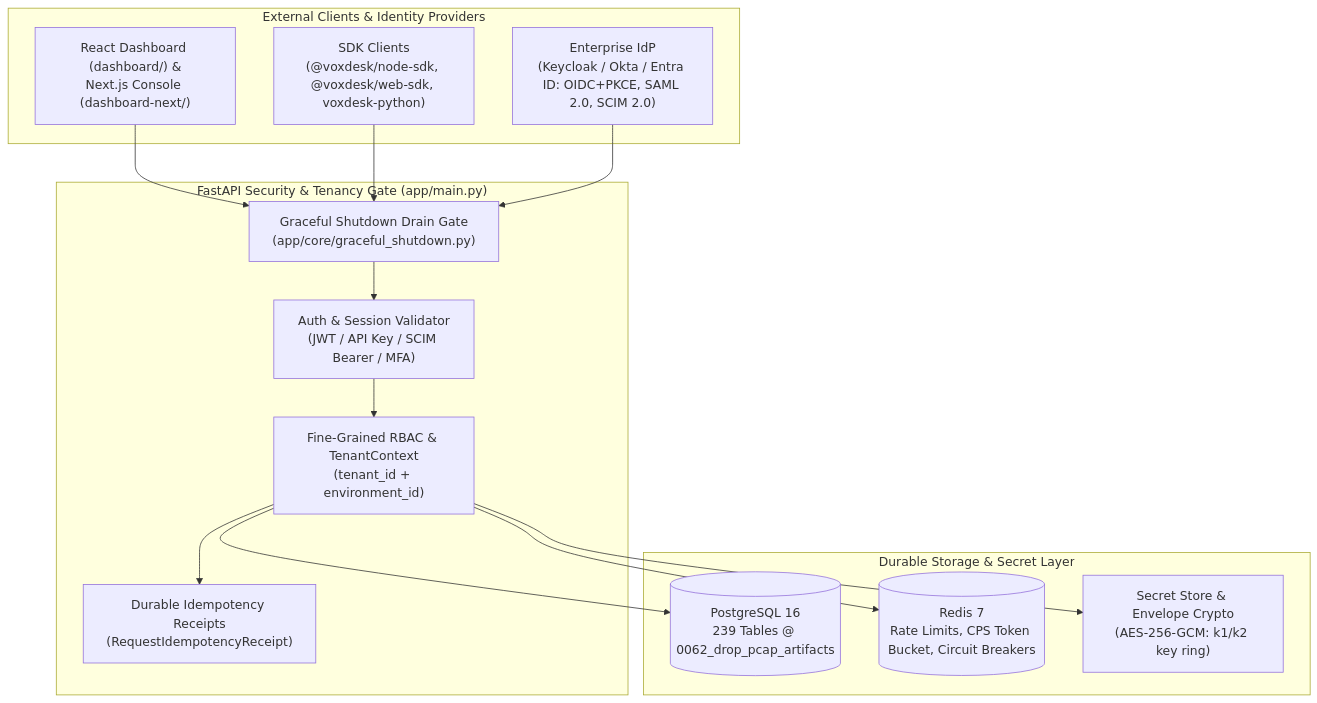
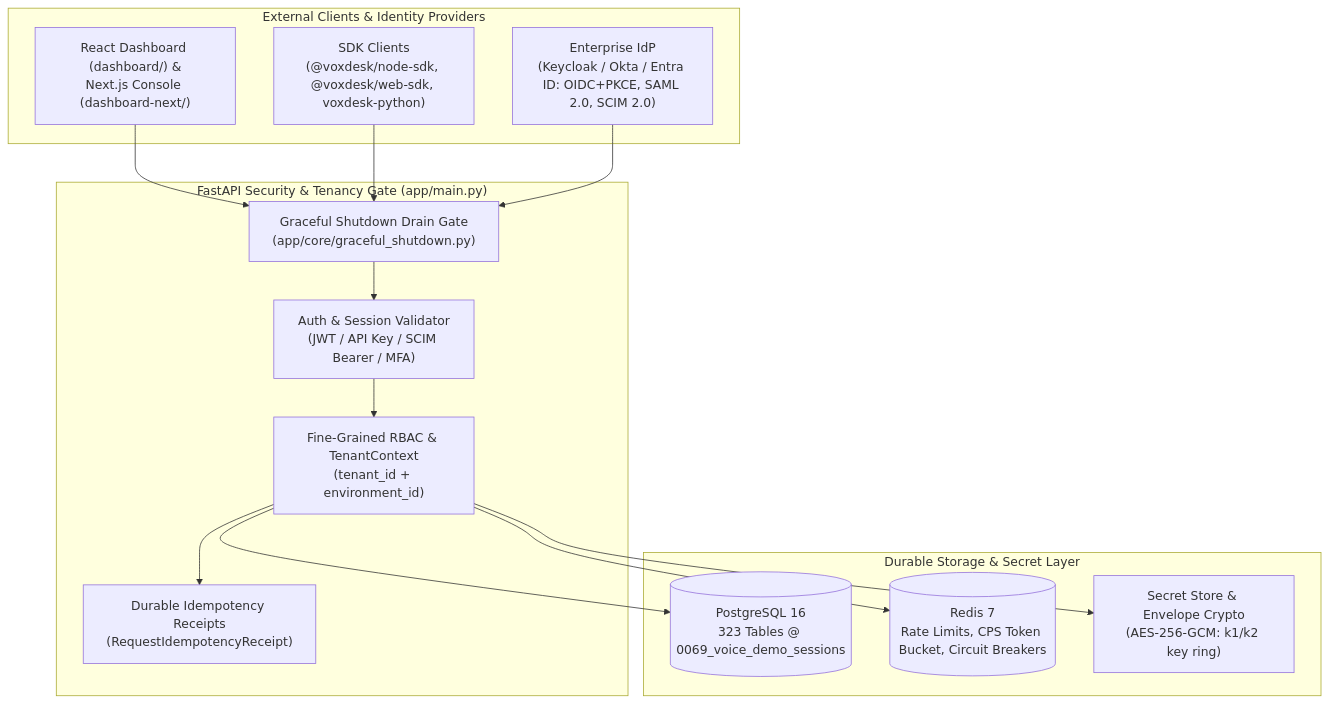
One commit to Ainul-550Islam/voxdesk-call-ainul-islam changed the second of 5 diagrams in voxdesk-call/docs/DUE_DILIGENCE/ARCHITECTURE.md. Above: the diagram before and after it, drawn with Mermaid. The commit also changed 295 other files, not shown here.

Commit message:
feat(voxdesk-call): apply final verification code, voice demo sessions, messaging channels, and sip outbound updates

````diff
--- a/voxdesk-call/docs/DUE_DILIGENCE/ARCHITECTURE.md
+++ b/voxdesk-call/docs/DUE_DILIGENCE/ARCHITECTURE.md
@@ -51,29 +51,29 @@
 ```mermaid
 flowchart TB
     subgraph External["External Clients & Identity Providers"]
         AdminUI["React Dashboard (dashboard/) &<br/>Next.js Console (dashboard-next/)"]
         SDKs["SDK Clients<br/>(@voxdesk/node-sdk, @voxdesk/web-sdk, voxdesk-python)"]
         IdP["Enterprise IdP<br/>(Keycloak / Okta / Entra ID: OIDC+PKCE, SAML 2.0, SCIM 2.0)"]
     end
 
     subgraph Middleware["FastAPI Security & Tenancy Gate (app/main.py)"]
         Drain["Graceful Shutdown Drain Gate<br/>(app/core/graceful_shutdown.py)"]
         Auth["Auth & Session Validator<br/>(JWT / API Key / SCIM Bearer / MFA)"]
         RBAC["Fine-Grained RBAC & TenantContext<br/>(tenant_id + environment_id)"]
         Idem["Durable Idempotency Receipts<br/>(RequestIdempotencyReceipt)"]
     end
 
     subgraph Storage["Durable Storage & Secret Layer"]
-        PG[("PostgreSQL 16<br/>239 Tables @ 0062_drop_pcap_artifacts")]
+        PG[("PostgreSQL 16<br/>323 Tables @ 0069_voice_demo_sessions")]
         Redis[("Redis 7<br/>Rate Limits, CPS Token Bucket, Circuit Breakers")]
         KMS["Secret Store & Envelope Crypto<br/>(AES-256-GCM: k1/k2 key ring)"]
     end
 
     AdminUI --> Drain
     SDKs --> Drain
     IdP --> Drain
     Drain --> Auth --> RBAC --> Idem
     RBAC --> PG
     RBAC --> Redis
     RBAC --> KMS
 ```
````
